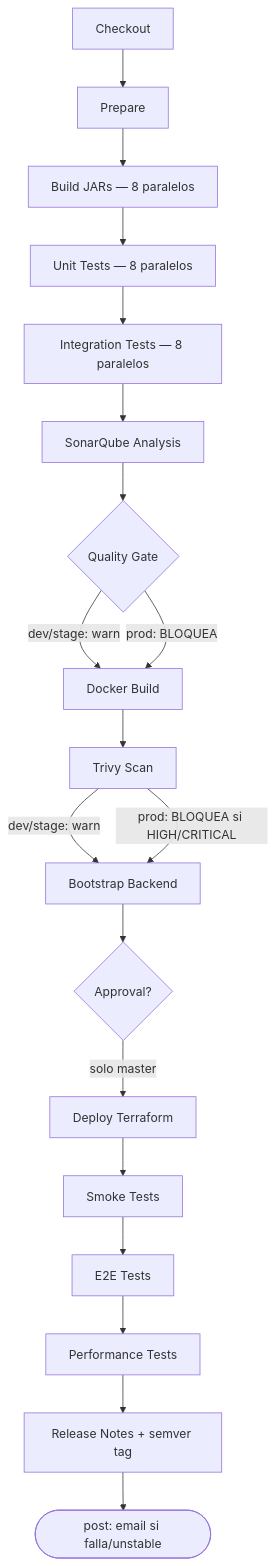
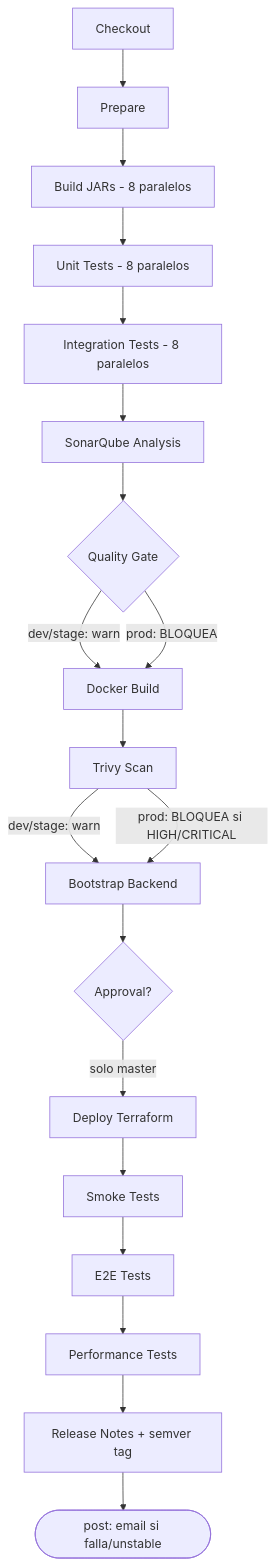
The first of 2 diagrams in docs/07-punto4-cicd-avanzado.md (JuanCami009/circle-guard-public), drawn with Mermaid before and after one commit. The commit also changed other lines of this file and 11 other files, not shown here.

````diff
--- a/docs/07-punto4-cicd-avanzado.md
+++ b/docs/07-punto4-cicd-avanzado.md
@@ -16,21 +16,21 @@
 ```mermaid
 flowchart TD
     A[Checkout] --> B[Prepare]
-    B --> C[Build JARs — 8 paralelos]
-    C --> D[Unit Tests — 8 paralelos]
-    D --> E[Integration Tests — 8 paralelos]
+    B --> C[Build JARs - 8 paralelos]
+    C --> D[Unit Tests - 8 paralelos]
+    D --> E[Integration Tests - 8 paralelos]
     E --> F[SonarQube Analysis]
     F --> G{Quality Gate}
     G -- dev/stage: warn --> H[Docker Build]
     G -- prod: BLOQUEA --> H
     H --> I[Trivy Scan]
     I -- dev/stage: warn --> J[Bootstrap Backend]
     I -- prod: BLOQUEA si HIGH/CRITICAL --> J
     J --> K{Approval?}
     K -- solo master --> L[Deploy Terraform]
     L --> M[Smoke Tests]
     M --> N[E2E Tests]
     N --> O[Performance Tests]
     O --> P[Release Notes + semver tag]
     P --> Q([post: email si falla/unstable])
 ```
````
